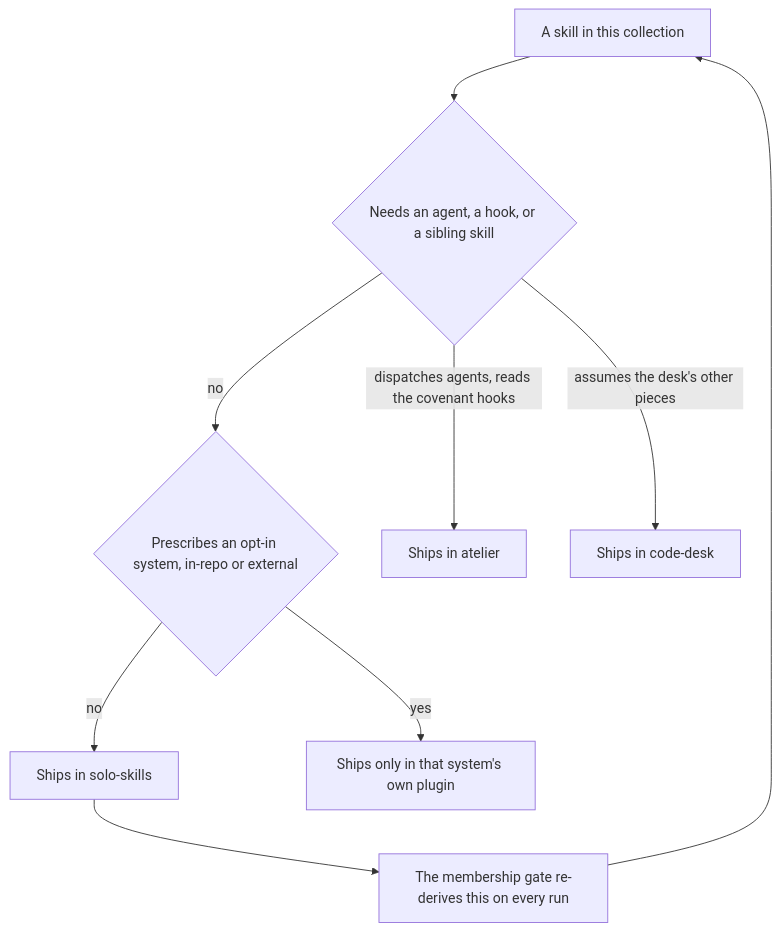
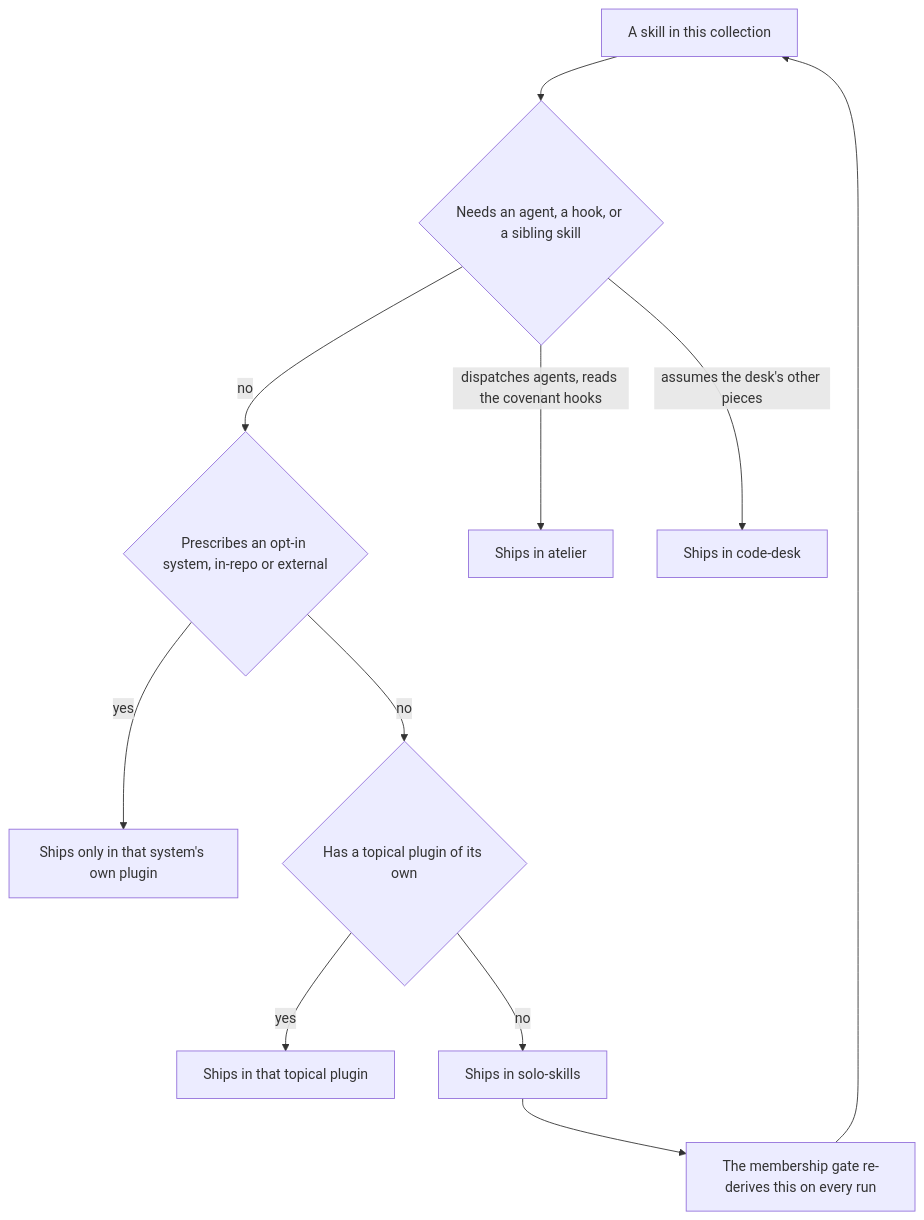
One commit to hsb3/dotfiles-agents changed the diagram in plugins/solo-skills/README.md. Above: the diagram before and after it, drawn with Mermaid. The commit also changed other lines of this file and 16 other files, not shown here.

First line of the commit message:
feat(catalog): the topical plugin owns a skill, solo-skills drops four

````diff
--- a/plugins/solo-skills/README.md
+++ b/plugins/solo-skills/README.md
@@ -17,11 +18,13 @@
 ```mermaid
 flowchart TD
     Skill[A skill in this collection] --> Q{Needs an agent, a hook, or a sibling skill}
     Q -->|no| Sys{Prescribes an opt-in system, in-repo or external}
-    Sys -->|no| Solo[Ships in solo-skills]
     Sys -->|yes| MEP[Ships only in that system's own plugin]
+    Sys -->|no| Top{Has a topical plugin of its own}
+    Top -->|yes| Own[Ships in that topical plugin]
+    Top -->|no| Solo[Ships in solo-skills]
     Q -->|dispatches agents, reads the covenant hooks| At[Ships in atelier]
     Q -->|assumes the desk's other pieces| CD[Ships in code-desk]
     Solo --> Gate[The membership gate re-derives this on every run]
     Gate --> Skill
 ```
````
